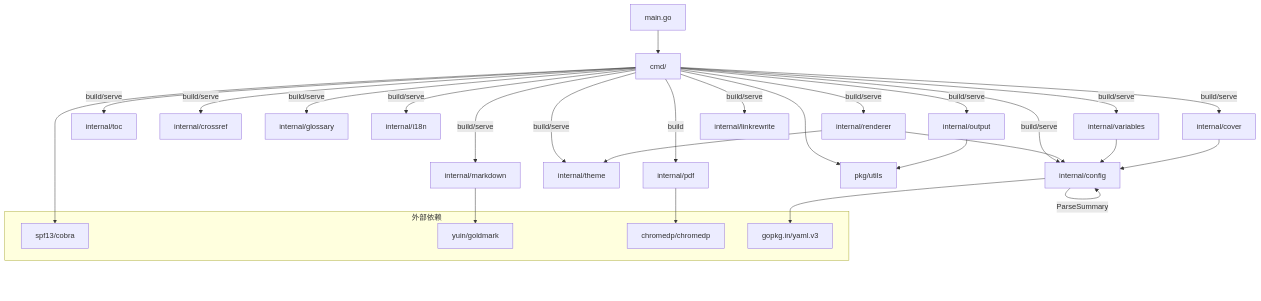
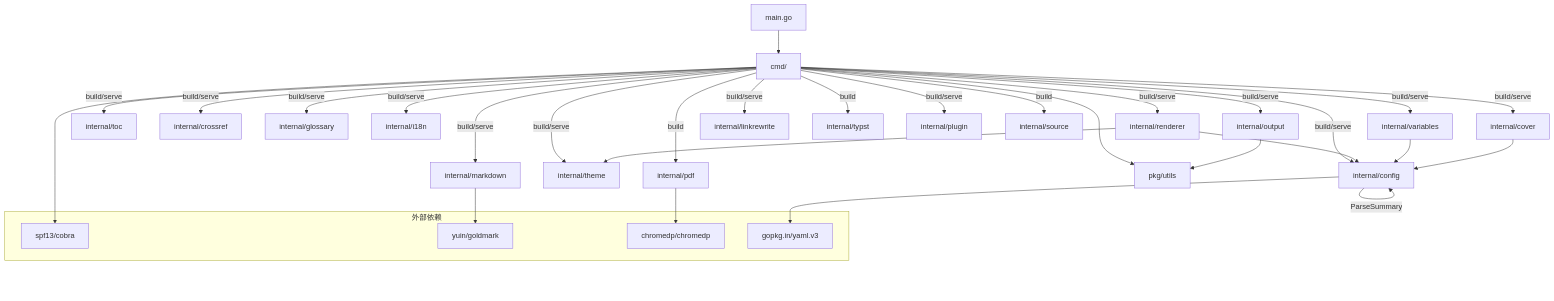
Before and after one commit to yeasy/mdPress: the first of 6 diagrams in docs/ARCHITECTURE_zh.md, drawn with Mermaid. The commit also changed other lines of this file and 1 other file, not shown here.

Commit message:
docs: update architecture docs to v0.4.0

````diff
--- a/docs/ARCHITECTURE_zh.md
+++ b/docs/ARCHITECTURE_zh.md
@@ -58,41 +62,44 @@
 ```mermaid
 graph TD
     main[main.go] --> cmd[cmd/]
 
     cmd --> |build/serve| config[internal/config]
     cmd --> |build/serve| markdown[internal/markdown]
     cmd --> |build/serve| theme[internal/theme]
     cmd --> |build/serve| cover[internal/cover]
     cmd --> |build/serve| toc_mod[internal/toc]
     cmd --> |build/serve| crossref[internal/crossref]
     cmd --> |build/serve| glossary[internal/glossary]
     cmd --> |build/serve| i18n[internal/i18n]
     cmd --> |build/serve| variables[internal/variables]
     cmd --> |build/serve| renderer_mod[internal/renderer]
     cmd --> |build| pdf_mod[internal/pdf]
     cmd --> |build/serve| output[internal/output]
     cmd --> |build/serve| linkrewrite[internal/linkrewrite]
+    cmd --> |build| typst[internal/typst]
+    cmd --> |build/serve| plugin_mod[internal/plugin]
+    cmd --> |build| source[internal/source]
 
     renderer_mod --> config
     renderer_mod --> theme
 
     variables --> config
     cover --> config
 
     config --> |ParseSummary| config
 
     cmd --> utils[pkg/utils]
     output --> utils
 
     subgraph 外部依赖
         cobra[spf13/cobra]
         goldmark[yuin/goldmark]
         chromedp[chromedp/chromedp]
         yaml[gopkg.in/yaml.v3]
     end
 
     cmd --> cobra
     markdown --> goldmark
     pdf_mod --> chromedp
     config --> yaml
 ```
````
